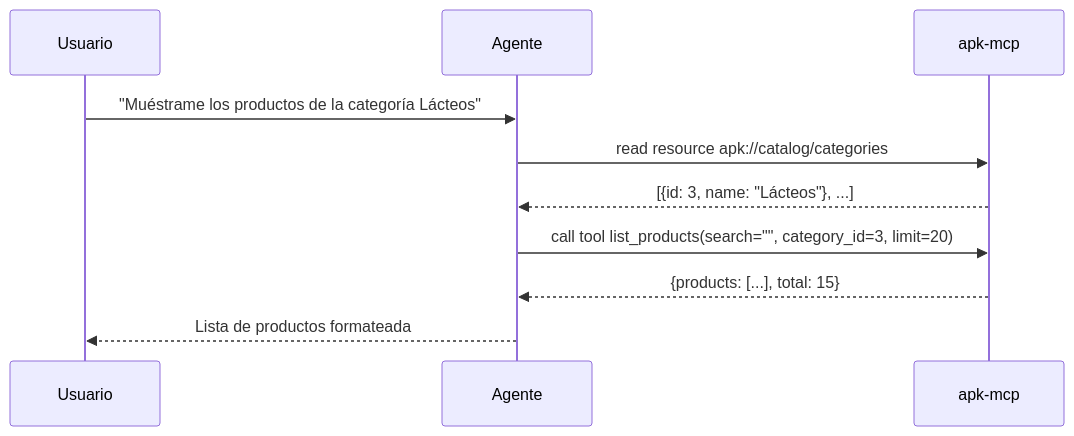
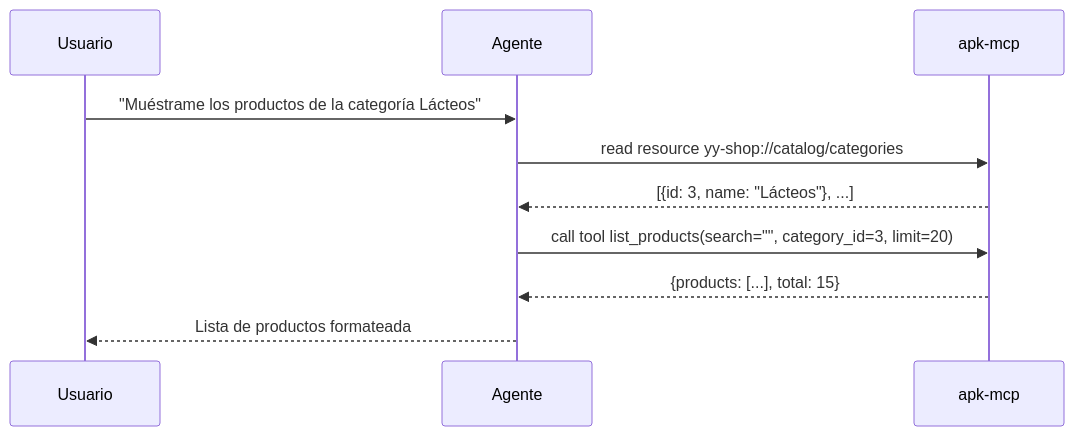
The second of 4 diagrams in docs/flujo-uso-agente.md (aprezcuba24/odoo-shop-mcp), drawn with Mermaid before and after one commit. The commit also changed other lines of this file and 17 other files, not shown here.

Commit message:
Update URI scheme from `apk://` to `yy-shop://` across documentation, resources, and prompts for consistency in API usage.

````diff
--- a/docs/flujo-uso-agente.md
+++ b/docs/flujo-uso-agente.md
@@ -126,13 +126,13 @@
 ```mermaid
 sequenceDiagram
     participant U as Usuario
     participant A as Agente
     participant M as apk-mcp
 
     U->>A: "Muéstrame los productos de la categoría Lácteos"
-    A->>M: read resource apk://catalog/categories
+    A->>M: read resource yy-shop://catalog/categories
     M-->>A: [{id: 3, name: "Lácteos"}, ...]
     A->>M: call tool list_products(search="", category_id=3, limit=20)
     M-->>A: {products: [...], total: 15}
     A-->>U: Lista de productos formateada
 ```
````
